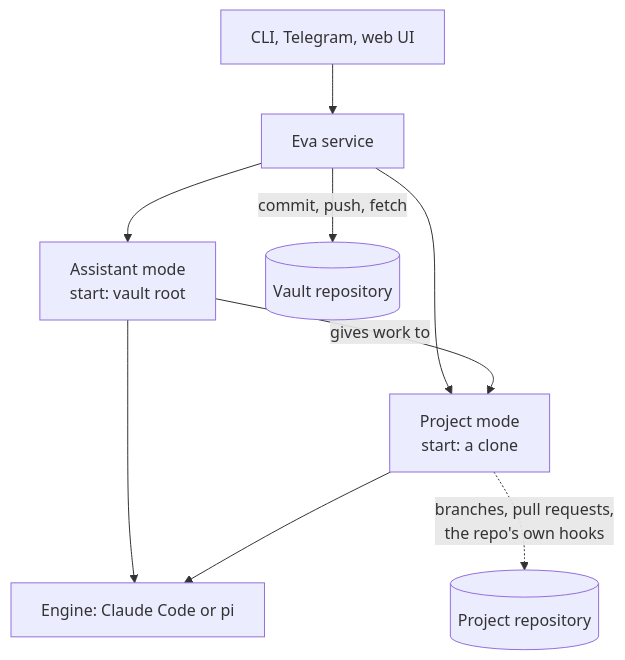
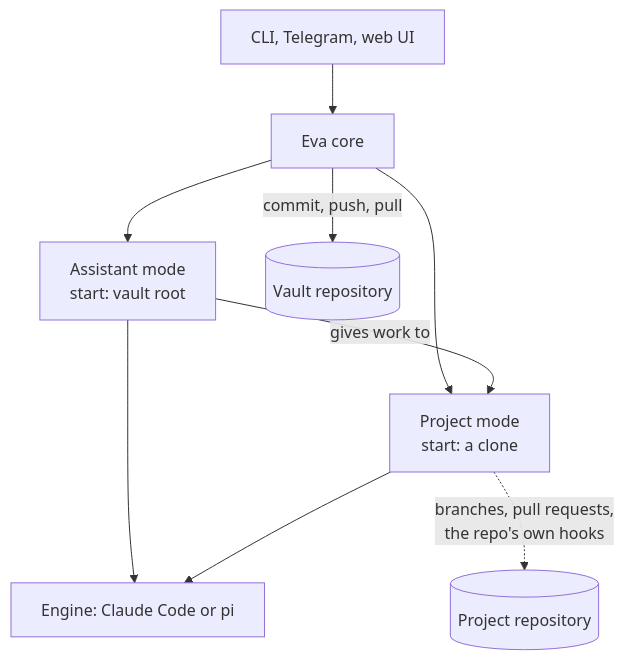
The diagram in docs/plan.md (guplem/eva), drawn with Mermaid before and after one commit. The commit also changed other lines of this file and 4 other files, not shown here.

````diff
--- a/docs/plan.md
+++ b/docs/plan.md
@@ -171,11 +201,11 @@
 ```mermaid
 flowchart TD
-    fe["CLI, Telegram, web UI"] --> eva["Eva service"]
+    fe["CLI, Telegram, web UI"] --> eva["Eva core"]
     eva --> am["Assistant mode<br/>start: vault root"]
     eva --> pm["Project mode<br/>start: a clone"]
     am -- "gives work to" --> pm
     am --> engine["Engine: Claude Code or pi"]
     pm --> engine
-    eva -- "commit, push, fetch" --> vault[("Vault repository")]
+    eva -- "commit, push, pull" --> vault[("Vault repository")]
     pm -. "branches, pull requests,<br/>the repo's own hooks" .-> repo[("Project repository")]
 ```
````
